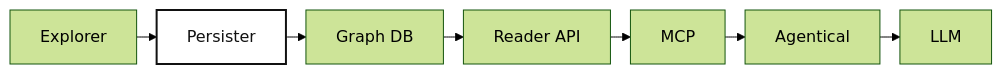
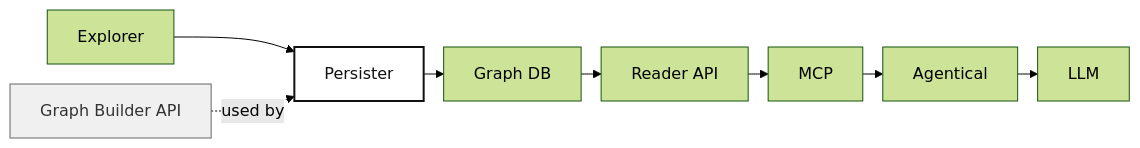
The diagram in README.md (beanone/graph_persister), drawn with Mermaid (forest theme) before and after one commit.

````diff
--- a/README.md
+++ b/README.md
@@ -11,12 +11,15 @@
 ```mermaid
 %%{init: {'flowchart': {'nodeSpacing': 20, 'rankSpacing': 20}} }%%
 flowchart LR
     A[Explorer] --> B[Persister]
     B --> C[Graph DB]
     C --> D[Reader API]
     D --> E[MCP]
     E --> F[Agentical]
-    F --> G[LLM]
+    F --> L[LLM]
+
+    G[Graph Builder API] -.->|used by| B
 
     style B fill:#fff,stroke:#111,stroke-width:2px,color:#111
+    style G fill:#f0f0f0,stroke:#666,stroke-width:1px,color:#333
 ```
````
